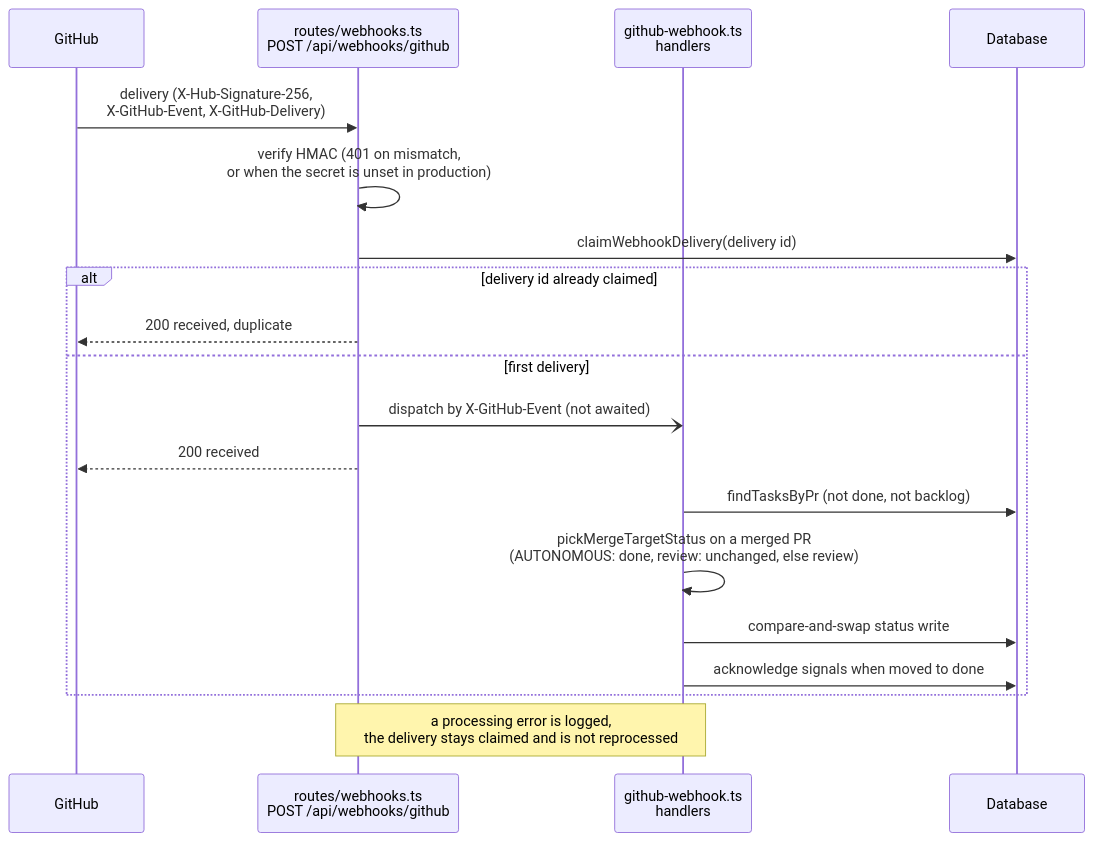
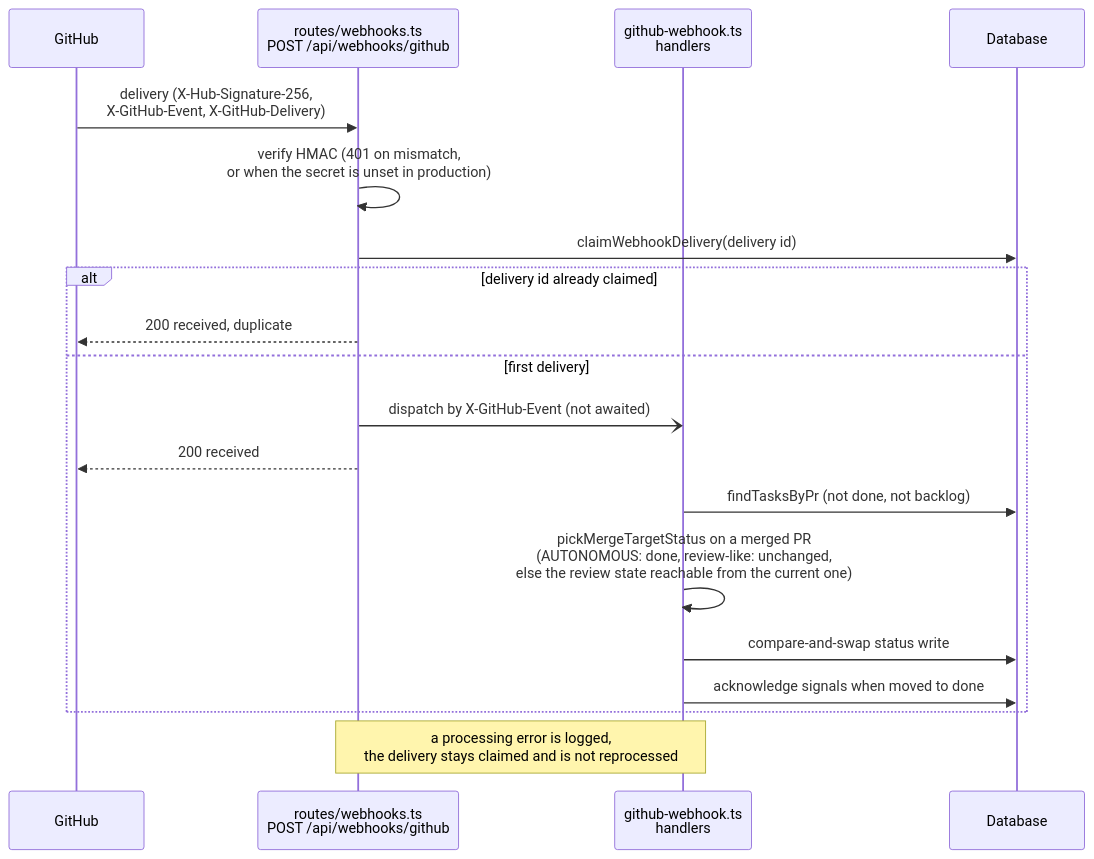
Before and after one commit to LanNguyenSi/agent-tasks: the diagram in docs/webhook-setup.md, drawn with Mermaid. The commit also changed 13 other files, not shown here.

First line of the commit message:
Hand a merged PR to a review state the task's current state has an edge to

````diff
--- a/docs/webhook-setup.md
+++ b/docs/webhook-setup.md
@@ -93,21 +93,21 @@
 ```mermaid
 sequenceDiagram
   participant GH as GitHub
   participant R as routes/webhooks.ts<br/>POST /api/webhooks/github
   participant S as github-webhook.ts<br/>handlers
   participant DB as Database
   GH->>R: delivery (X-Hub-Signature-256,<br/>X-GitHub-Event, X-GitHub-Delivery)
   R->>R: verify HMAC (401 on mismatch,<br/>or when the secret is unset in production)
   R->>DB: claimWebhookDelivery(delivery id)
   alt delivery id already claimed
     R-->>GH: 200 received, duplicate
   else first delivery
     R-)S: dispatch by X-GitHub-Event (not awaited)
     R-->>GH: 200 received
     S->>DB: findTasksByPr (not done, not backlog)
-    S->>S: pickMergeTargetStatus on a merged PR<br/>(AUTONOMOUS: done, review: unchanged, else review)
+    S->>S: pickMergeTargetStatus on a merged PR<br/>(AUTONOMOUS: done, review-like: unchanged,<br/>else the review state reachable from the current one)
     S->>DB: compare-and-swap status write
     S->>DB: acknowledge signals when moved to done
   end
   Note over R,S: a processing error is logged,<br/>the delivery stays claimed and is not reprocessed
 ```
````
